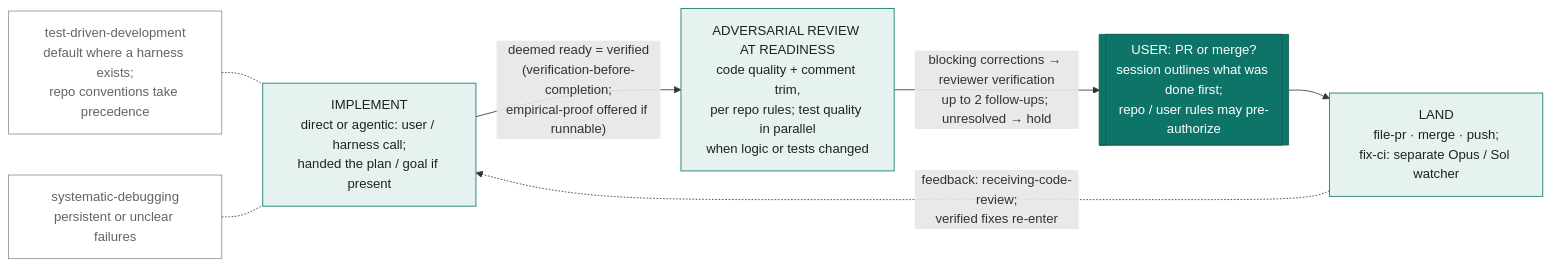
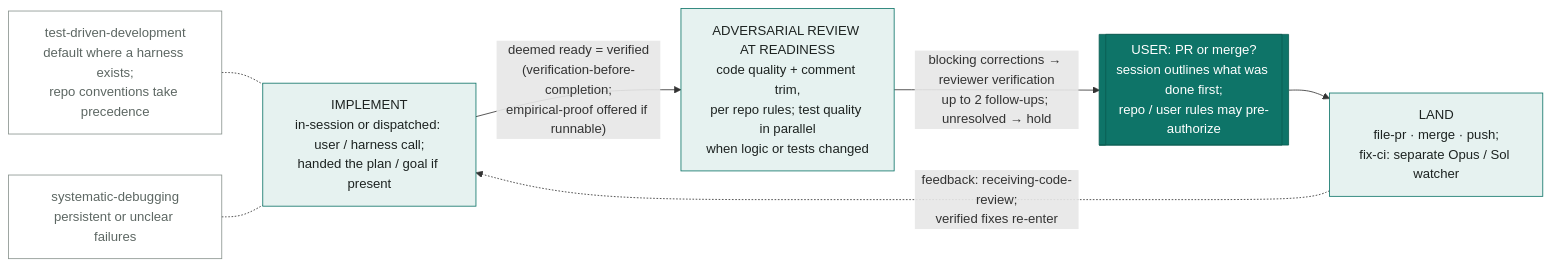
The second of 2 diagrams in docs/workbench-flow.md (giostriquer/workshop), drawn with Mermaid before and after one commit. The commit also changed other lines of this file and 145 other files, not shown here.

````diff
--- a/docs/workbench-flow.md
+++ b/docs/workbench-flow.md
@@ -40,19 +39,19 @@
 ```mermaid
 flowchart LR
     classDef gate fill:#0e7468,stroke:#0a5c52,color:#ffffff
     classDef stage fill:#e6f2f0,stroke:#0e7468,color:#1d2321
     classDef sat fill:none,stroke:#8a948f,color:#5d6763
 
     TDD["test-driven-development<br/>default where a harness exists;<br/>repo conventions take precedence"]:::sat -.- I
     SD["systematic-debugging<br/>persistent or unclear failures"]:::sat -.- I
 
-    I["IMPLEMENT<br/>direct or agentic: user / harness call;<br/>handed the plan / goal if present"]:::stage
+    I["IMPLEMENT<br/>in-session or dispatched: user / harness call;<br/>handed the plan / goal if present"]:::stage
     AR["ADVERSARIAL REVIEW AT READINESS<br/>code quality + comment trim,<br/>per repo rules; test quality in parallel<br/>when logic or tests changed"]:::stage
     OG[["USER: PR or merge?<br/>session outlines what was done first;<br/>repo / user rules may pre-authorize"]]:::gate
     L["LAND<br/>file-pr · merge · push;<br/>fix-ci: separate Opus / Sol watcher"]:::stage
 
     I -->|"deemed ready = verified<br/>(verification-before-completion;<br/>empirical-proof offered if runnable)"| AR
     AR -->|"blocking corrections → reviewer verification<br/>up to 2 follow-ups; unresolved → hold"| OG
     OG --> L
     L -.->|"feedback: receiving-code-review;<br/>verified fixes re-enter"| I
 ```
````
